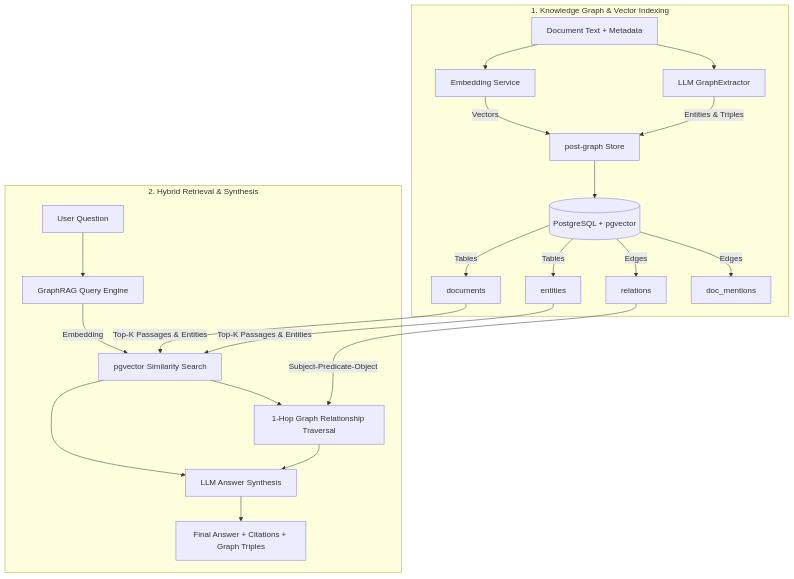
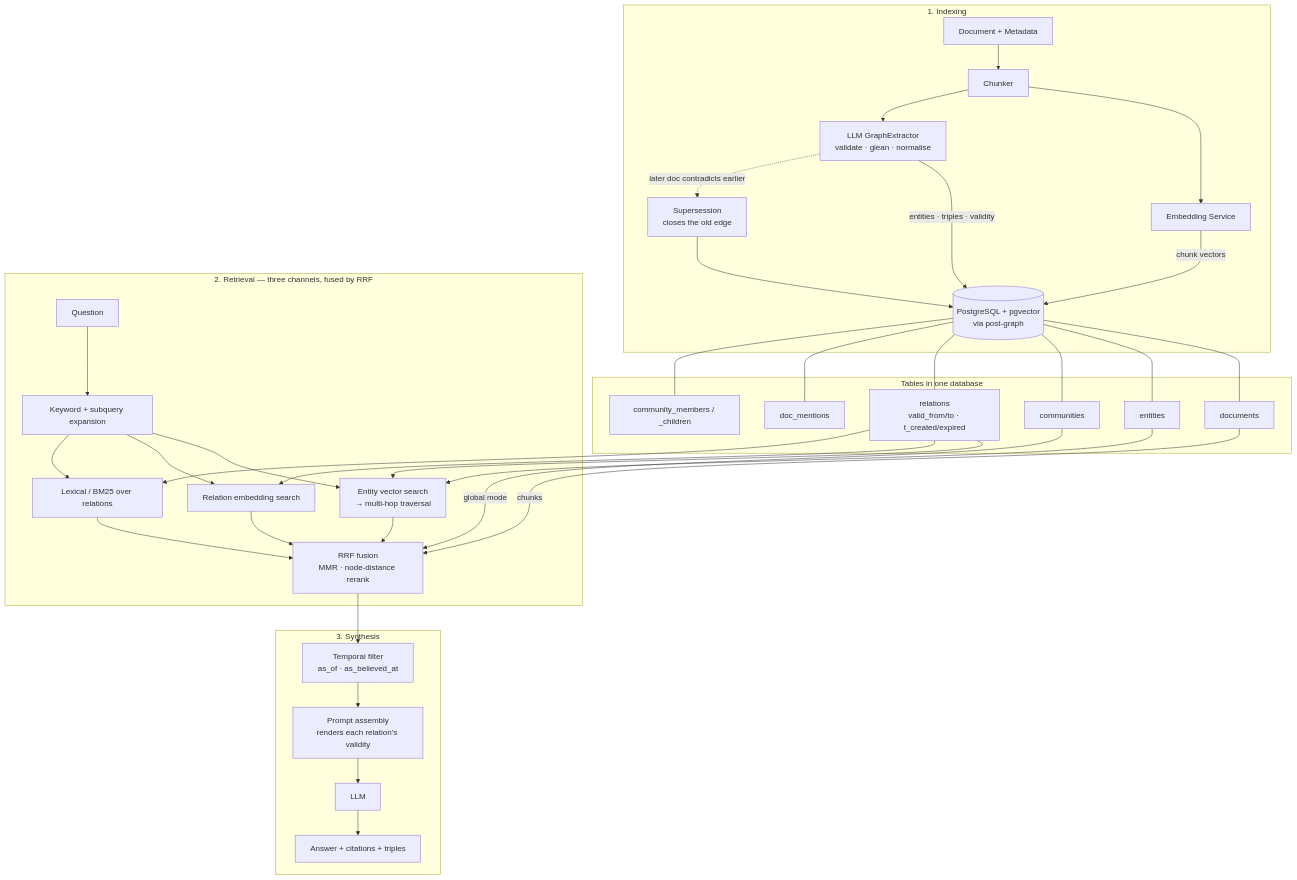
One commit to crajah/post-graph-rag changed the diagram in README.md. Above: the diagram before and after it, drawn with Mermaid. The commit also changed other lines of this file, not shown here.

````diff
--- a/README.md
+++ b/README.md
@@ -217,27 +229,40 @@
 ```mermaid
 graph TD
-    subgraph INDEXING ["1. Knowledge Graph & Vector Indexing"]
-        A[Document Text + Metadata] --> B[Embedding Service]
-        A --> C[LLM GraphExtractor]
-        
-        B -->|Vectors| D[post-graph Store]
-        C -->|Entities & Triples| D
-        
-        D --> E[(PostgreSQL + pgvector)]
-        E -->|Tables| E1[documents]
-        E -->|Tables| E2[entities]
-        E -->|Edges| E3[relations]
-        E -->|Edges| E4[doc_mentions]
+    subgraph INDEXING ["1. Indexing"]
+        A[Document + Metadata] --> B[Chunker]
+        B --> C[Embedding Service]
+        B --> D[LLM GraphExtractor<br/>validate · glean · normalise]
+        C -->|chunk vectors| S[(PostgreSQL + pgvector<br/>via post-graph)]
+        D -->|entities · triples · validity| S
+        D -.->|later doc contradicts earlier| SUP[Supersession<br/>closes the old edge]
+        SUP --> S
     end
 
-    subgraph RETRIEVAL ["2. Hybrid Retrieval & Synthesis"]
-        Q[User Question] --> R[GraphRAG Query Engine]
-        R -->|Embedding| S[pgvector Similarity Search]
-        E1 & E2 -->|Top-K Passages & Entities| S
-        S --> T[1-Hop Graph Relationship Traversal]
-        E3 -->|Subject-Predicate-Object| T
-        
-        S & T --> U[LLM Answer Synthesis]
-        U --> V[Final Answer + Citations + Graph Triples]
+    subgraph SCHEMA ["Tables in one database"]
+        S --- V1[documents]
+        S --- V2[entities]
+        S --- V3[communities]
+        S --- E1[relations<br/>valid_from/to · t_created/expired]
+        S --- E2[doc_mentions]
+        S --- E3[community_members / _children]
+    end
+
+    subgraph RETRIEVAL ["2. Retrieval — three channels, fused by RRF"]
+        Q[Question] --> K[Keyword + subquery expansion]
+        K --> C1[Entity vector search<br/>→ multi-hop traversal]
+        K --> C2[Relation embedding search]
+        K --> C3[Lexical / BM25 over relations]
+        V2 --> C1
+        E1 --> C1 & C2 & C3
+        C1 & C2 & C3 --> F[RRF fusion<br/>MMR · node-distance rerank]
+        V3 -->|global mode| F
+        V1 -->|chunks| F
+    end
+
+    subgraph SYNTHESIS ["3. Synthesis"]
+        F --> G[Temporal filter<br/>as_of · as_believed_at]
+        G --> H[Prompt assembly<br/>renders each relation's validity]
+        H --> I[LLM]
+        I --> J[Answer + citations + triples]
     end
 ```
````
